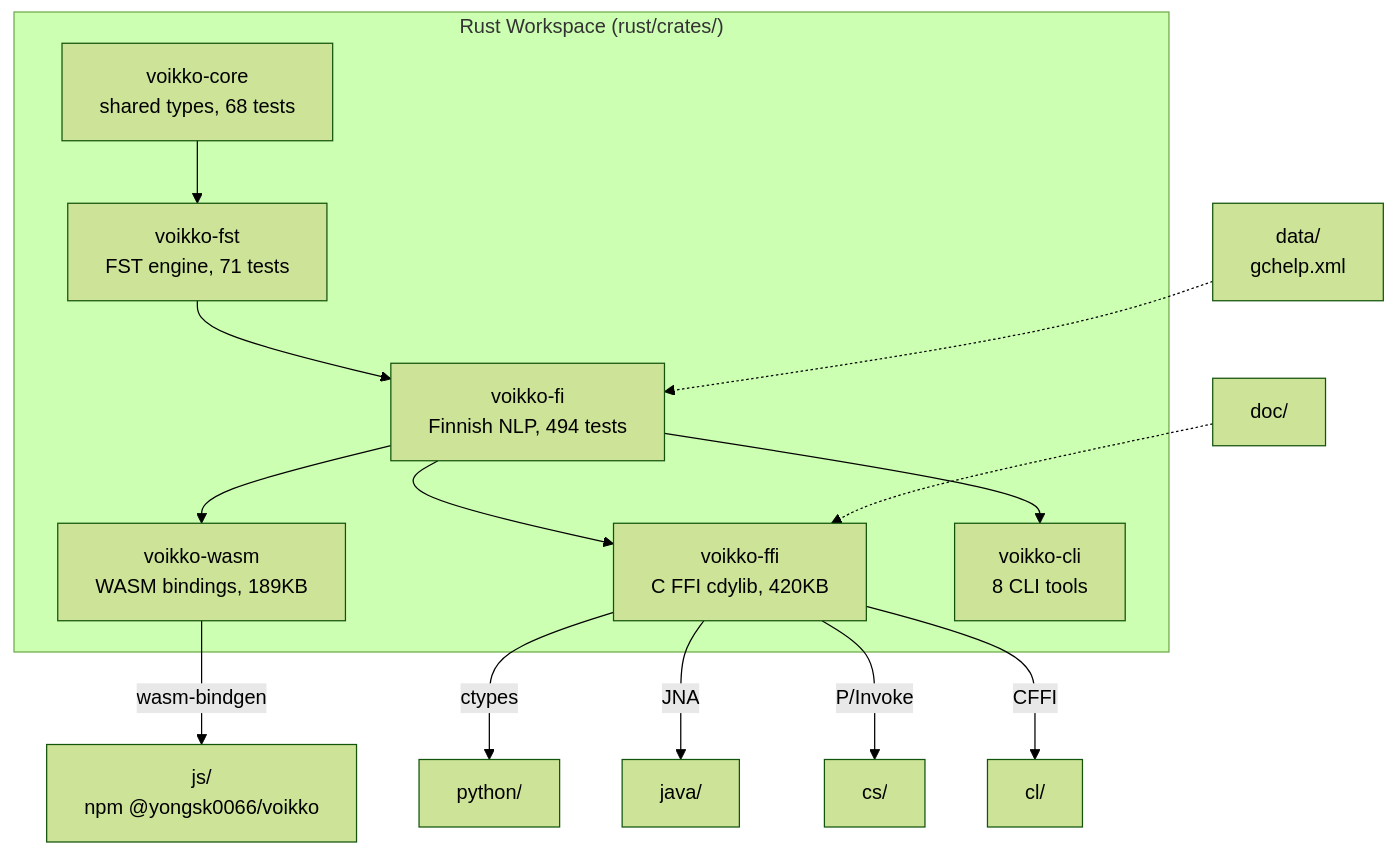
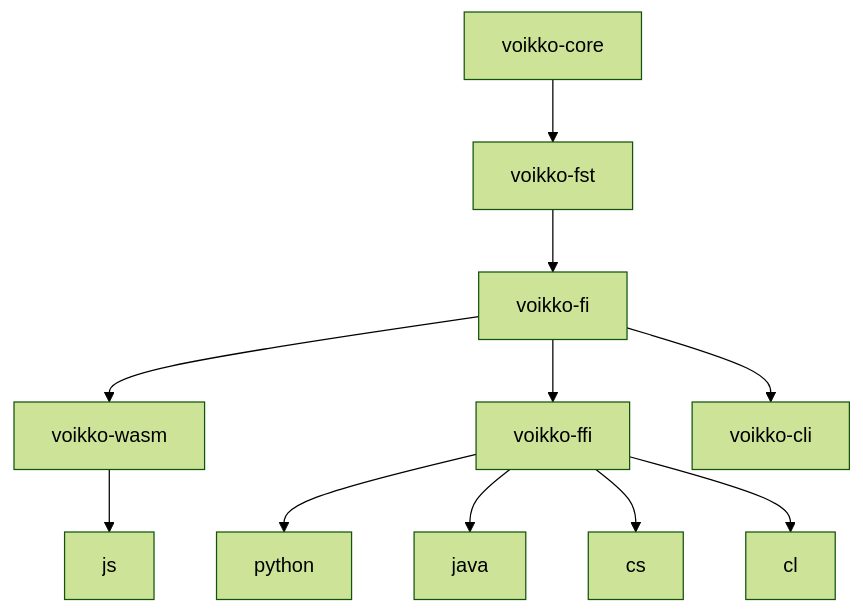
The diagram in libvoikko/CLAUDE.md (yongsk0066/corevoikko), drawn with Mermaid (forest theme) before and after one commit. The commit also changed 10 other files, not shown here.

````diff
--- a/libvoikko/CLAUDE.md
+++ b/libvoikko/CLAUDE.md
@@ -11,25 +11,13 @@
 ```mermaid
-graph TD
-    subgraph "Rust Workspace (rust/crates/)"
-        core[voikko-core<br/>shared types, 68 tests]
-        fst[voikko-fst<br/>FST engine, 71 tests]
-        fi[voikko-fi<br/>Finnish NLP, 494 tests]
-        wasm[voikko-wasm<br/>WASM bindings, 189KB]
-        ffi[voikko-ffi<br/>C FFI cdylib, 420KB]
-        cli[voikko-cli<br/>8 CLI tools]
-    end
-
-    core --> fst --> fi
-    fi --> wasm
-    fi --> ffi
-    fi --> cli
-
-    wasm -->|wasm-bindgen| js[js/<br/>npm @yongsk0066/voikko]
-    ffi -->|ctypes| py[python/]
-    ffi -->|JNA| java[java/]
-    ffi -->|P/Invoke| cs["cs/"]
-    ffi -->|CFFI| cl[cl/]
-
-    doc[doc/] -.-> ffi
-    data[data/<br/>gchelp.xml] -.-> fi
+flowchart TD
+    core[voikko-core] --> fst[voikko-fst]
+    fst --> fi[voikko-fi]
+    fi --> wasm[voikko-wasm]
+    fi --> ffi[voikko-ffi]
+    fi --> cli[voikko-cli]
+    wasm --> js[js]
+    ffi --> py[python]
+    ffi --> java[java]
+    ffi --> cs[cs]
+    ffi --> cl[cl]
 ```
````
